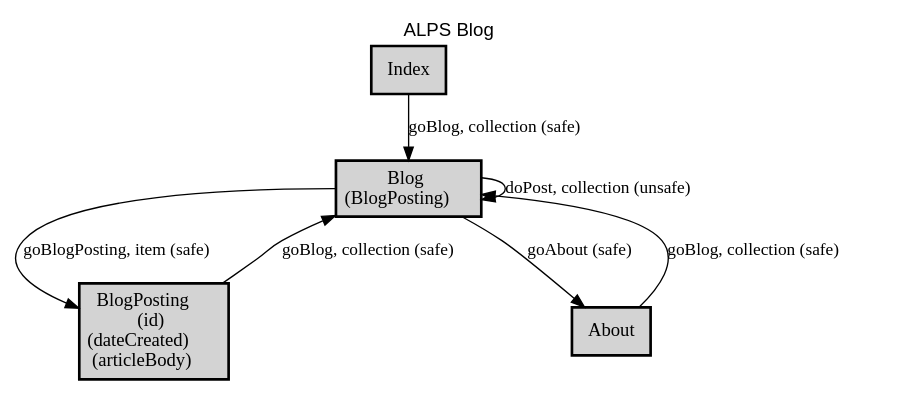
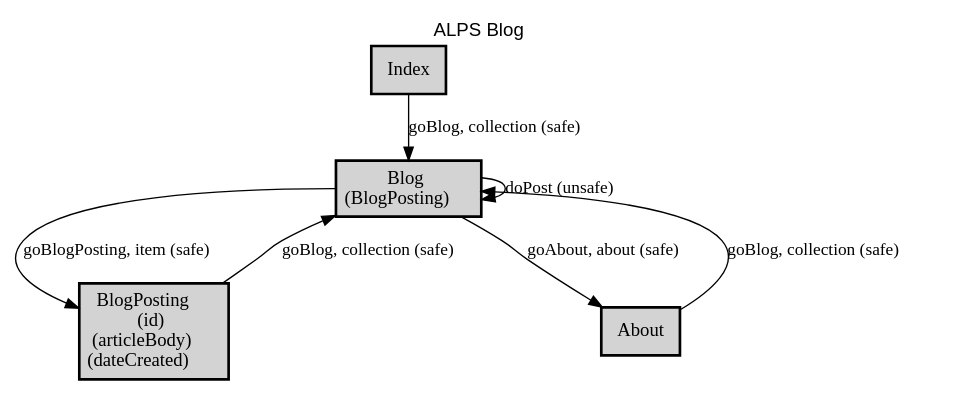
The diagram in docs/blog/profile.dot (alps-asd/app-state-diagram), drawn with Graphviz before and after one commit. The commit also changed 14 other files, not shown here.

```diff
--- a/docs/blog/profile.dot
+++ b/docs/blog/profile.dot
@@ -1,23 +1,23 @@
 digraph application_state_diagram {
   graph [
     labelloc="t";
     fontname="Helvetica"
     label="ALPS Blog";
     URL="index.html" target="_parent"
   ];
   node [shape = box, style = "bold,filled" fillcolor="lightgray"];
 
     Blog [margin=0.02, label=<<table cellspacing="0" cellpadding="5" border="0"><tr><td>Blog<br />(BlogPosting)<br /></td></tr></table>>,shape=box URL="docs/semantic.Blog.html" target="_parent"]
-    BlogPosting [margin=0.02, label=<<table cellspacing="0" cellpadding="5" border="0"><tr><td>BlogPosting<br />(id)<br />(dateCreated)<br />(articleBody)<br /></td></tr></table>>,shape=box URL="docs/semantic.BlogPosting.html" target="_parent"]
+    BlogPosting [margin=0.02, label=<<table cellspacing="0" cellpadding="5" border="0"><tr><td>BlogPosting<br />(id)<br />(articleBody)<br />(dateCreated)<br /></td></tr></table>>,shape=box URL="docs/semantic.BlogPosting.html" target="_parent"]
 
     About -> Blog [label = <goBlog, collection (safe)> URL="docs/safe.goBlog.html" target="_parent" fontsize=13];
-    Blog -> About [label = <goAbout (safe)> URL="docs/safe.goAbout.html" target="_parent" fontsize=13];
-    Blog -> Blog [label = <doPost, collection (unsafe)> URL="docs/unsafe.doPost.html" target="_parent" fontsize=13];
+    Blog -> About [label = <goAbout, about (safe)> URL="docs/safe.goAbout.html" target="_parent" fontsize=13];
+    Blog -> Blog [label = <doPost (unsafe)> URL="docs/unsafe.doPost.html" target="_parent" fontsize=13];
     Blog -> BlogPosting [label = <goBlogPosting, item (safe)> URL="docs/safe.goBlogPosting.html" target="_parent" fontsize=13];
     BlogPosting -> Blog [label = <goBlog, collection (safe)> URL="docs/safe.goBlog.html" target="_parent" fontsize=13];
     Index -> Blog [label = <goBlog, collection (safe)> URL="docs/safe.goBlog.html" target="_parent" fontsize=13];
 
     About [label = <About> URL="docs/semantic.About.html" target="_parent"]
     Index [label = <Index> URL="docs/semantic.Index.html" target="_parent"]
 
 }
```
